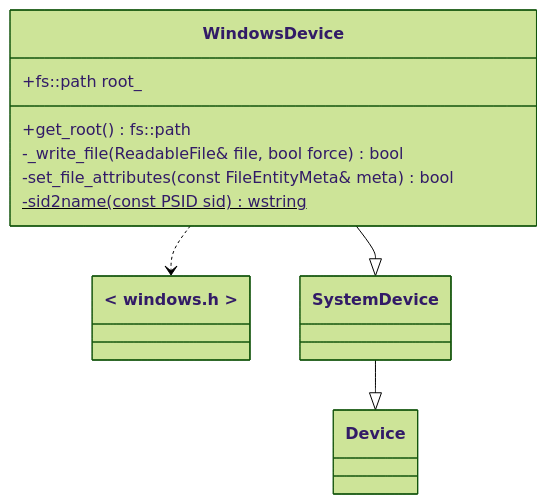
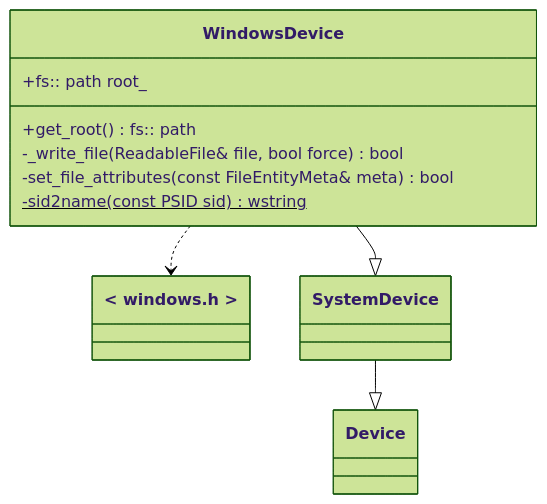
The second of 22 diagrams in docs/系统设计文档.md (YinChenming/backup-suite), drawn with Mermaid (forest theme) before and after one commit. The commit also changed other lines of this file and 2 other files, not shown here.

````diff
--- a/docs/系统设计文档.md
+++ b/docs/系统设计文档.md
@@ -231,14 +138,14 @@
 ```mermaid
 classDiagram
-class WindowsDevice {
-    +fs::path root_
-    +get_root() fs::path
-    -_write_file(ReadableFile& file, bool force) bool
-    -set_file_attributes(const FileEntityMeta& meta) bool
-    -sid2name(const PSID sid) wstring$
-}
-class windows["< windows.h >"]
-WindowsDevice --|> SystemDevice
-SystemDevice --|> Device
-WindowsDevice ..> windows
+    class WindowsDevice {
+        +fs:: path root_
+        +get_root() fs:: path
+        -_write_file(ReadableFile& file, bool force) bool
+        -set_file_attributes(const FileEntityMeta& meta) bool
+        -sid2name(const PSID sid) wstring$
+    }
+    class windows["< windows.h >"]
+    WindowsDevice --|> SystemDevice
+    SystemDevice --|> Device
+    WindowsDevice ..> windows
 ```
````
